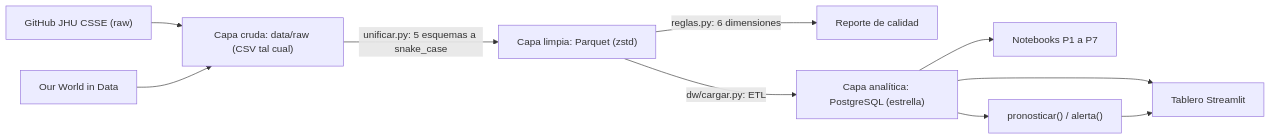
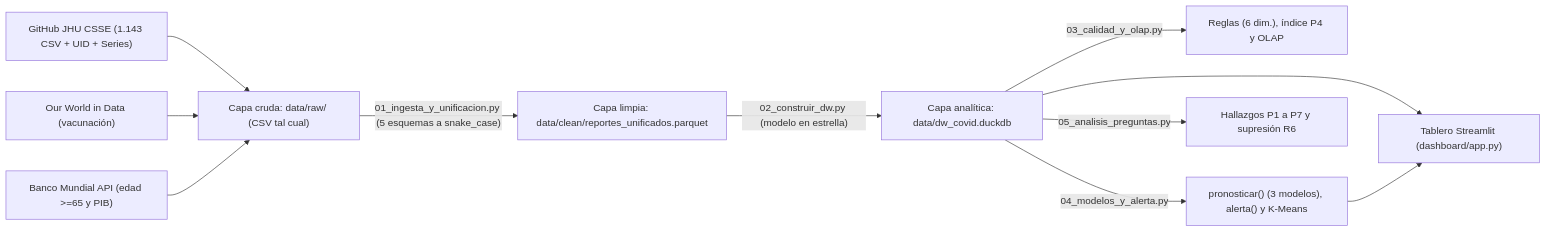
The first of 2 diagrams in docs/arquitectura.md (Vitalithis/Sala-de-crisis-COVID-19), drawn with Mermaid before and after one commit. The commit also changed other lines of this file and 26 other files, not shown here.

Commit message:
feat: completar entregables, modelos ARIMA/WB, tablero, notebooks y PDFs

````diff
--- a/docs/arquitectura.md
+++ b/docs/arquitectura.md
@@ -3,12 +5,13 @@
 ```mermaid
 flowchart LR
-    JHU["GitHub JHU CSSE (raw)"] --> RAW["Capa cruda: data/raw (CSV tal cual)"]
-    OWID["Our World in Data"] --> RAW
-    RAW -->|"unificar.py: 5 esquemas a snake_case"| CLEAN["Capa limpia: Parquet (zstd)"]
-    CLEAN -->|"reglas.py: 6 dimensiones"| Q["Reporte de calidad"]
-    CLEAN -->|"dw/cargar.py: ETL"| DW["Capa analítica: PostgreSQL (estrella)"]
-    DW --> NB["Notebooks P1 a P7"]
-    DW --> MOD["pronosticar() / alerta()"]
-    DW --> TAB["Tablero Streamlit"]
+    JHU["GitHub JHU CSSE (1.143 CSV + UID + Series)"] --> RAW["Capa cruda: data/raw/ (CSV tal cual)"]
+    OWID["Our World in Data (vacunación)"] --> RAW
+    WB["Banco Mundial API (edad >=65 y PIB)"] --> RAW
+    RAW -->|"01_ingesta_y_unificacion.py (5 esquemas a snake_case)"| CLEAN["Capa limpia: data/clean/reportes_unificados.parquet"]
+    CLEAN -->|"02_construir_dw.py (modelo en estrella)"| DW["Capa analítica: data/dw_covid.duckdb"]
+    DW -->|"03_calidad_y_olap.py"| CAL["Reglas (6 dim.), índice P4 y OLAP"]
+    DW -->|"04_modelos_y_alerta.py"| MOD["pronosticar() (3 modelos), alerta() y K-Means"]
+    DW -->|"05_analisis_preguntas.py"| PREG["Hallazgos P1 a P7 y supresión R6"]
+    DW --> TAB["Tablero Streamlit (dashboard/app.py)"]
     MOD --> TAB
 ```
````
